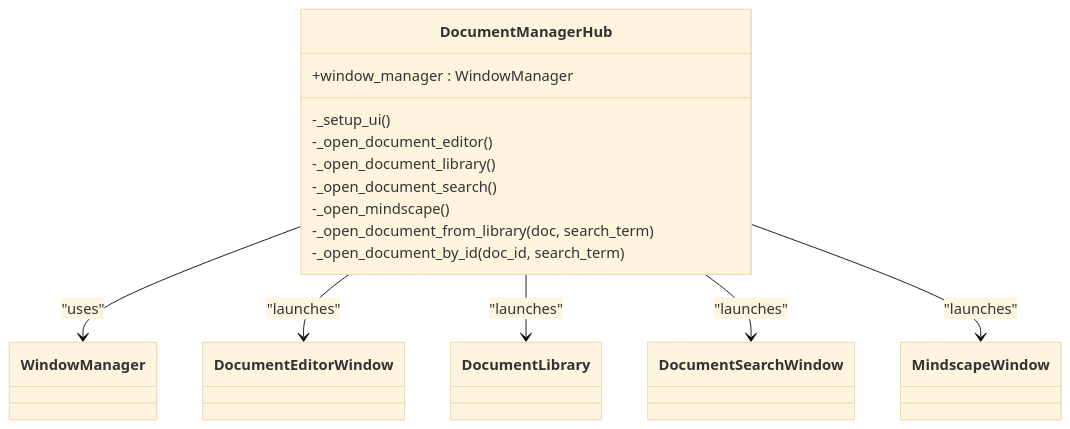
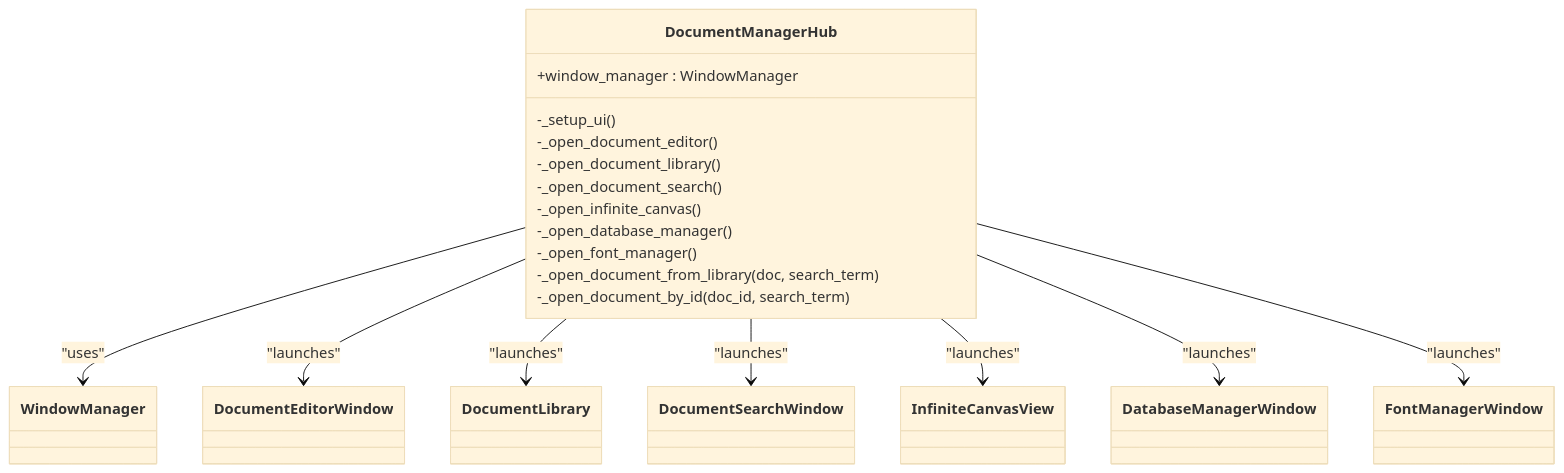
The second of 14 diagrams in .qoder/repowiki/en/content/Architecture Overview/Pillar-Based Architecture/Document Manager Pillar/Document Manager Pillar.md (TheDaniel166/IsopGem), drawn with Mermaid (base theme) before and after one commit. The commit also changed other lines of this file and 29 other files, not shown here.

````diff
--- a/.qoder/repowiki/en/content/Architecture Overview/Pillar-Based Architecture/Document Manager Pillar/Document Manager Pillar.md
+++ b/.qoder/repowiki/en/content/Architecture Overview/Pillar-Based Architecture/Document Manager Pillar/Document Manager Pillar.md
@@ -132,18 +139,22 @@
 ```mermaid
 classDiagram
 class DocumentManagerHub {
 +window_manager : WindowManager
 -_setup_ui()
 -_open_document_editor()
 -_open_document_library()
 -_open_document_search()
--_open_mindscape()
+-_open_infinite_canvas()
+-_open_database_manager()
+-_open_font_manager()
 -_open_document_from_library(doc, search_term)
 -_open_document_by_id(doc_id, search_term)
 }
 DocumentManagerHub --> WindowManager : "uses"
 DocumentManagerHub --> DocumentEditorWindow : "launches"
 DocumentManagerHub --> DocumentLibrary : "launches"
 DocumentManagerHub --> DocumentSearchWindow : "launches"
-DocumentManagerHub --> MindscapeWindow : "launches"
+DocumentManagerHub --> InfiniteCanvasView : "launches"
+DocumentManagerHub --> DatabaseManagerWindow : "launches"
+DocumentManagerHub --> FontManagerWindow : "launches"
 ```
````
